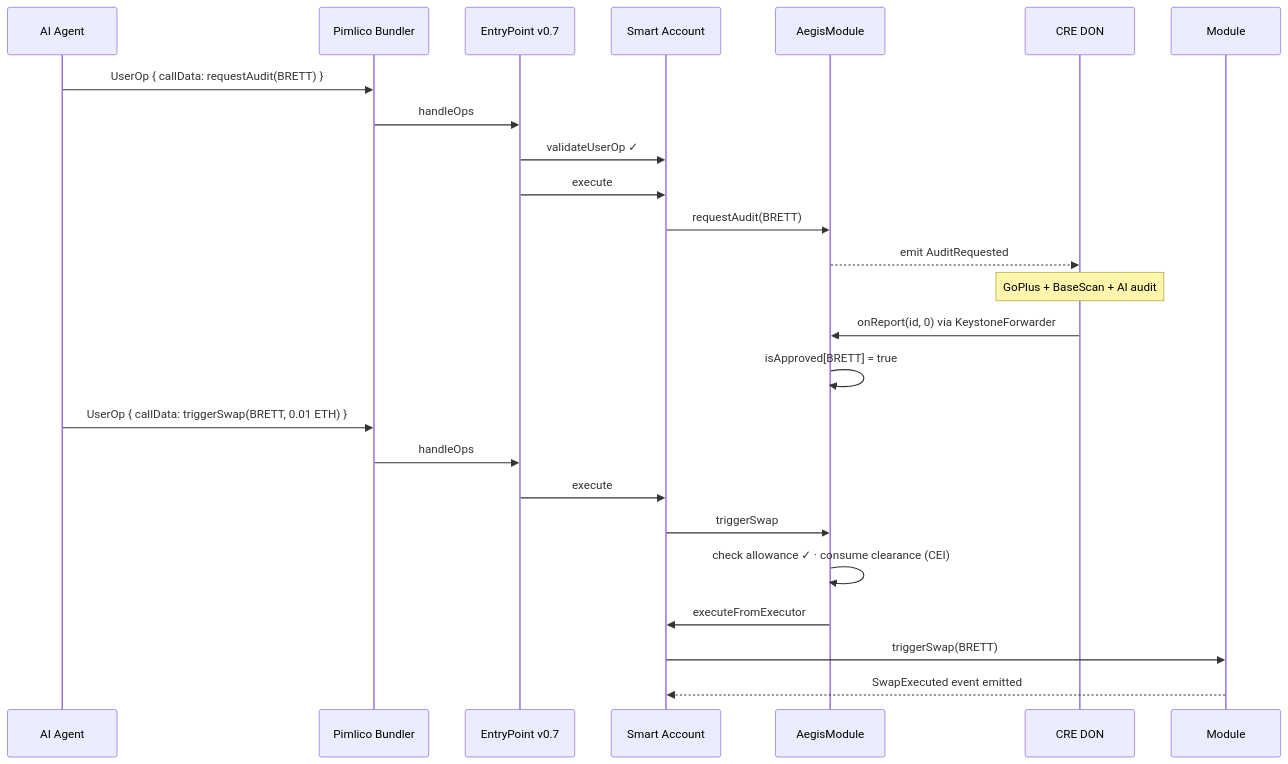
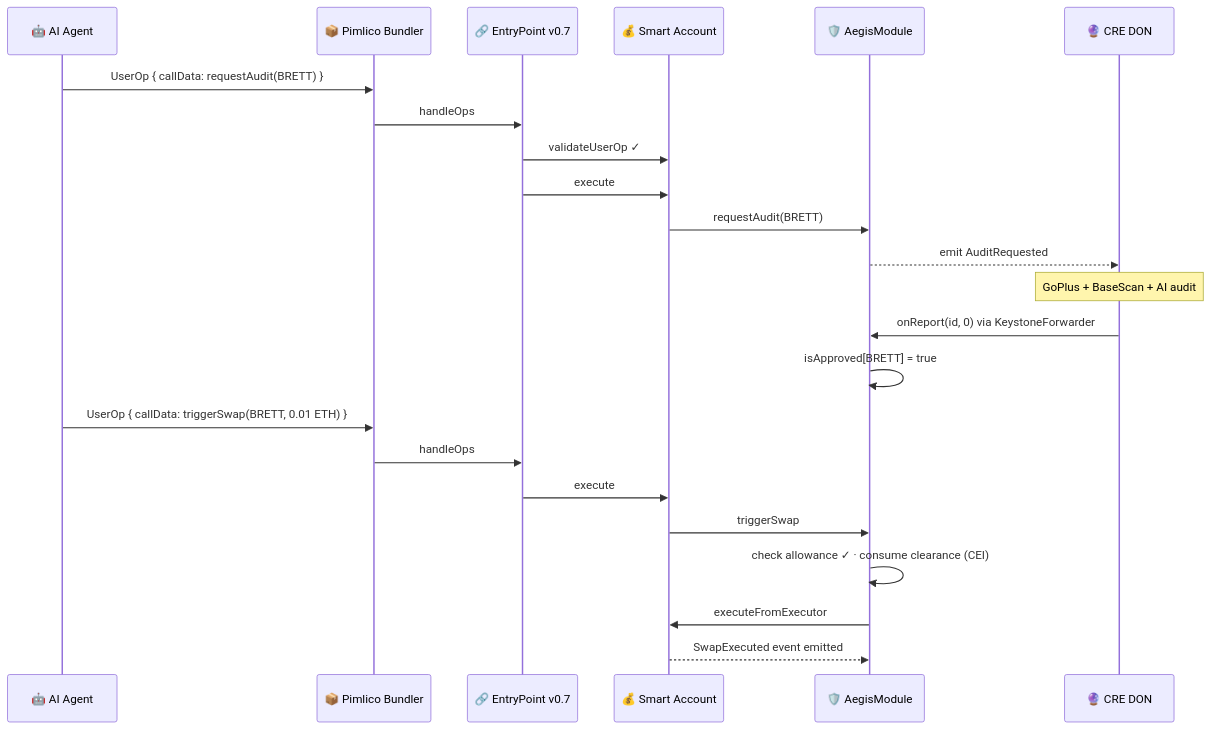
Before and after one commit to vjb/aegis-v4: the fifth of 12 diagrams in docs/ARCHITECTURE.md, drawn with Mermaid. The commit also changed other lines of this file and 5 other files, not shown here.

Commit message:
docs: full review pass — colored mermaid diagrams, fix test counts, add sample output links

````diff
--- a/docs/ARCHITECTURE.md
+++ b/docs/ARCHITECTURE.md
@@ -115,30 +144,29 @@
 ```mermaid
 sequenceDiagram
-    participant Bot as AI Agent
-    participant Bundler as Pimlico Bundler
-    participant EP as EntryPoint v0.7
-    participant Safe as Smart Account
-    participant AM as AegisModule
-    participant CRE as CRE DON
+    participant Bot as 🤖 AI Agent
+    participant Bundler as 📦 Pimlico Bundler
+    participant EP as 🔗 EntryPoint v0.7
+    participant Safe as 💰 Smart Account
+    participant AM as 🛡️ AegisModule
+    participant CRE as 🔮 CRE DON
 
     Bot->>Bundler: UserOp { callData: requestAudit(BRETT) }
     Bundler->>EP: handleOps
     EP->>Safe: validateUserOp ✓
     EP->>Safe: execute
     Safe->>AM: requestAudit(BRETT)
     AM-->>CRE: emit AuditRequested
 
     Note over CRE: GoPlus + BaseScan + AI audit
 
     CRE->>AM: onReport(id, 0) via KeystoneForwarder
     AM->>AM: isApproved[BRETT] = true
 
     Bot->>Bundler: UserOp { callData: triggerSwap(BRETT, 0.01 ETH) }
     Bundler->>EP: handleOps
     EP->>Safe: execute
     Safe->>AM: triggerSwap
     AM->>AM: check allowance ✓ · consume clearance (CEI)
     AM->>Safe: executeFromExecutor
-    Safe->>Module: triggerSwap(BRETT)
-    Module-->>Safe: SwapExecuted event emitted
+    Safe-->>AM: SwapExecuted event emitted
 ```
````
